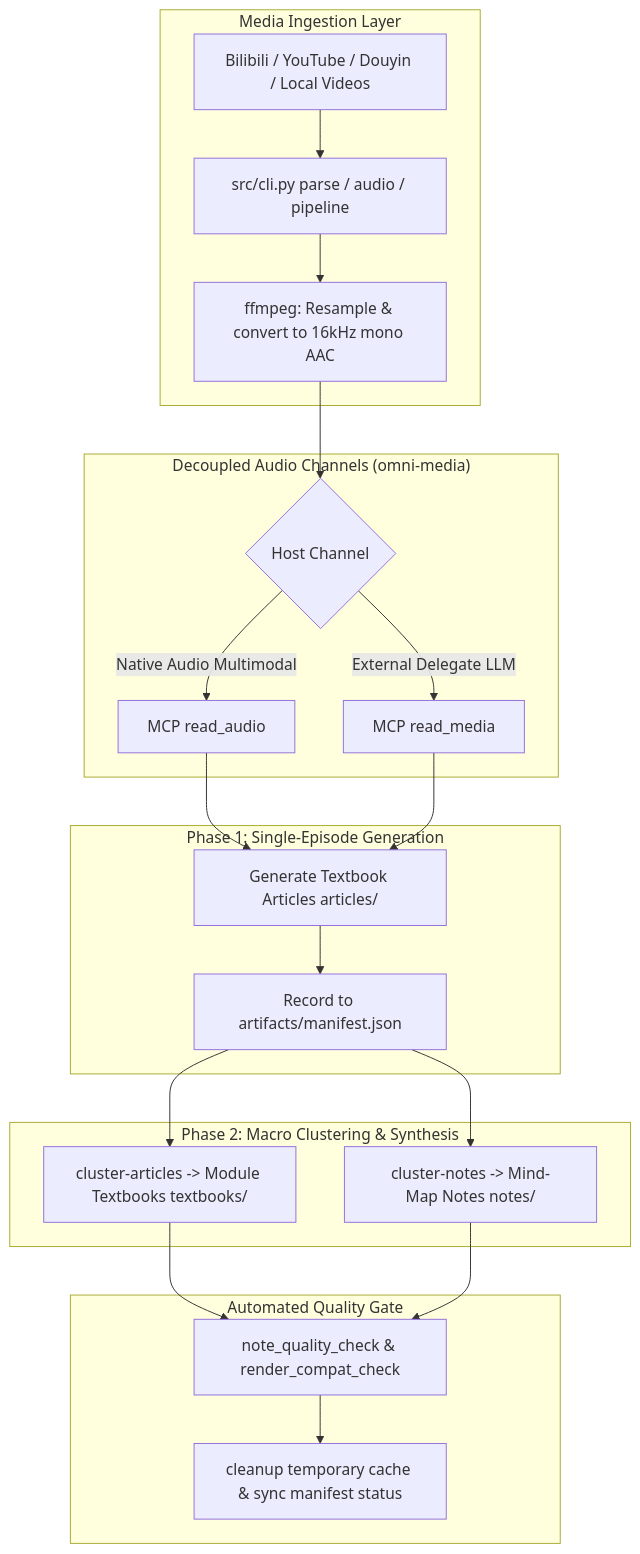
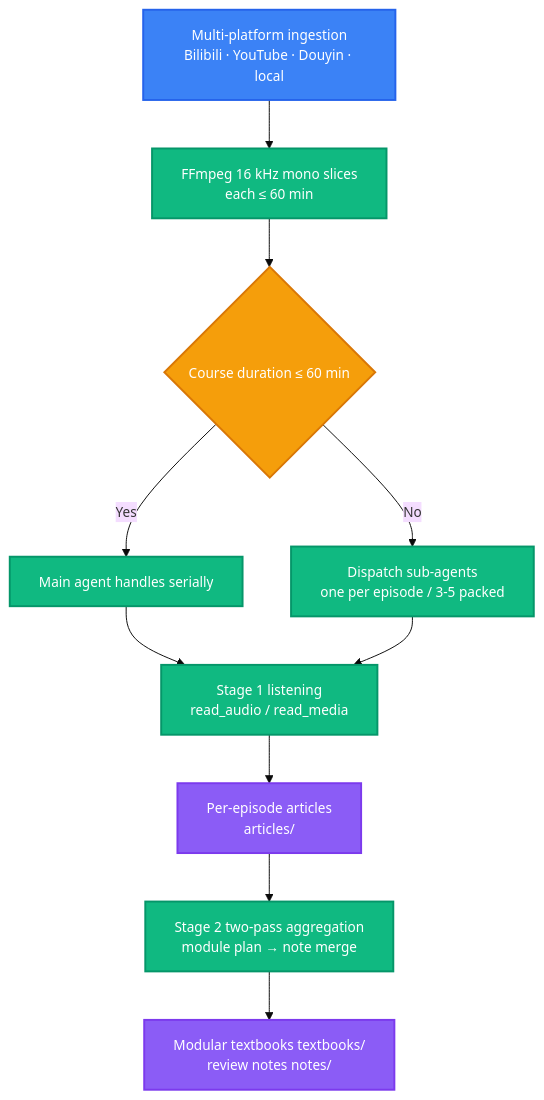
The diagram in README.en.md (LINJIANG12/bili-video2book), drawn with Mermaid before and after one commit. The commit also changed other lines of this file and 1 other file, not shown here.

````diff
--- a/README.en.md
+++ b/README.en.md
@@ -89,30 +167,23 @@
 ```mermaid
+%%{init: {'theme': 'base', 'themeVariables': {'fontSize': '14px'}}}%%
 flowchart TD
-    subgraph Ingestion["Media Ingestion Layer"]
-        A[Bilibili / YouTube / Douyin / Local Videos] --> B[src/cli.py parse / audio / pipeline]
-        B --> C[ffmpeg: Resample & convert to 16kHz mono AAC]
-    end
+    A[Multi-platform ingestion<br/>Bilibili · YouTube · Douyin · local] --> B[FFmpeg 16 kHz mono slices<br/>each ≤ 60 min]
+    B --> C{Course duration ≤ 60 min}
+    C -->|Yes| D[Main agent handles serially]
+    C -->|No| E[Dispatch sub-agents<br/>one per episode / 3-5 packed]
+    D --> F[Stage 1 listening<br/>read_audio / read_media]
+    E --> F
+    F --> G[Per-episode articles<br/>articles/]
+    G --> H[Stage 2 two-pass aggregation<br/>module plan → note merge]
+    H --> I[Modular textbooks textbooks/<br/>review notes notes/]
 
-    subgraph AudioEngine["Decoupled Audio Channels (omni-media)"]
-        C --> D{Host Channel}
-        D -->|Native Audio Multimodal| E[MCP read_audio]
-        D -->|External Delegate LLM| F[MCP read_media]
-    end
+    classDef start fill:#3B82F6,stroke:#2563EB,color:#fff,stroke-width:2px
+    classDef process fill:#10B981,stroke:#059669,color:#fff,stroke-width:2px
+    classDef decision fill:#F59E0B,stroke:#D97706,color:#fff,stroke-width:2px
+    classDef data fill:#8B5CF6,stroke:#7C3AED,color:#fff,stroke-width:2px
 
-    subgraph PhaseOne["Phase 1: Single-Episode Generation"]
-        E --> G[Generate Textbook Articles articles/]
-        F --> G
-        G --> H[Record to artifacts/manifest.json]
-    end
-
-    subgraph PhaseTwo["Phase 2: Macro Clustering & Synthesis"]
-        H --> I[cluster-articles -> Module Textbooks textbooks/]
-        H --> J[cluster-notes -> Mind-Map Notes notes/]
-    end
-
-    subgraph Gate["Automated Quality Gate"]
-        I --> K[note_quality_check & render_compat_check]
-        J --> K
-        K --> L[cleanup temporary cache & sync manifest status]
-    end
+    class A start
+    class B,D,E,F,H process
+    class C decision
+    class G,I data
 ```
````
